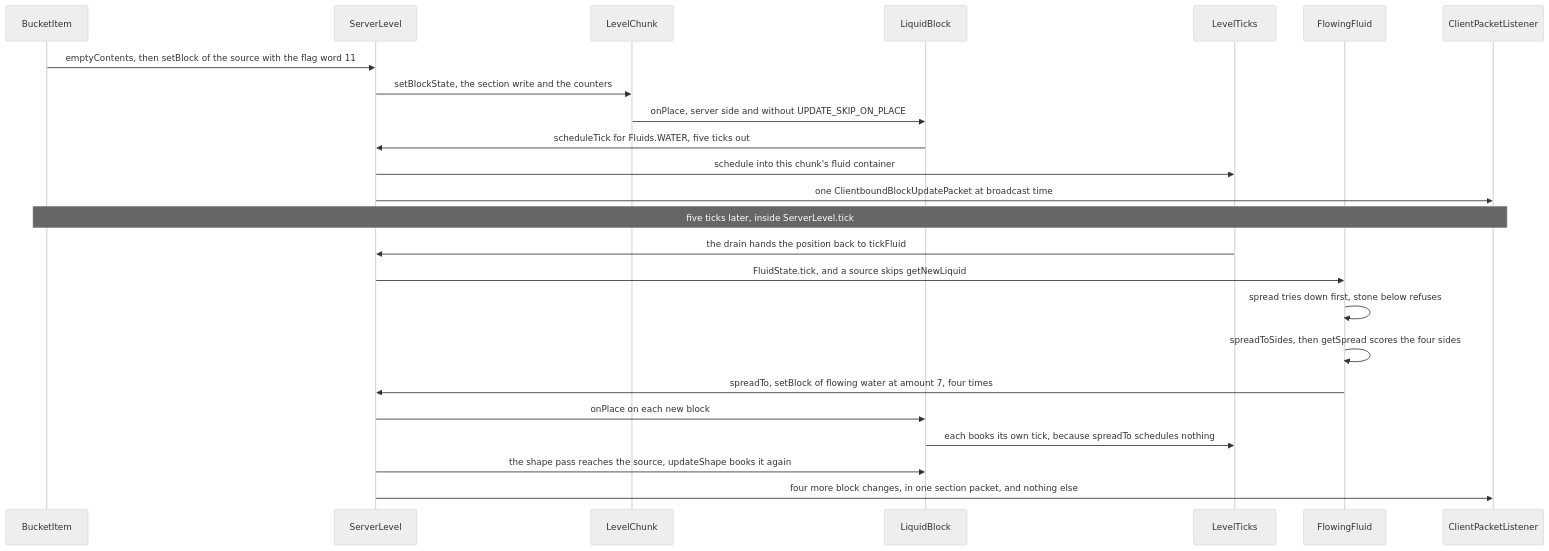
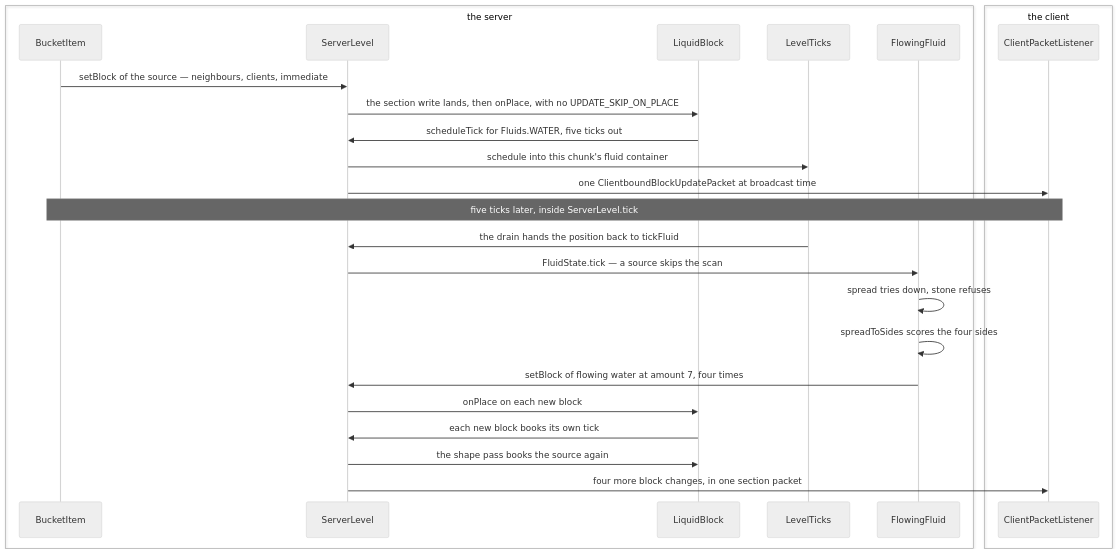
Before and after one commit to AlexanderjFraser/MinecraftDocs: the first of 3 diagrams in src/systems/world/fluids.md, drawn with Mermaid (neutral theme). The commit also changed other lines of this file and 22 other files, not shown here.

First line of the commit message:
pass 7, session D — Part IV: four splits at a mechanism's own joint, a pyramid that was a table, and thirteen captions the stylesheet had silently stopped matching

````diff
--- a/src/systems/world/fluids.md
+++ b/src/systems/world/fluids.md
@@ -114,27 +114,29 @@
 ```mermaid
 sequenceDiagram
-    participant BI as BucketItem
-    participant SL as ServerLevel
-    participant LC as LevelChunk
-    participant LB as LiquidBlock
-    participant LTs as LevelTicks
-    participant FF as FlowingFluid
-    participant CPL as ClientPacketListener
+    box transparent the server
+        participant BI as BucketItem
+        participant SL as ServerLevel
+        participant LB as LiquidBlock
+        participant LTs as LevelTicks
+        participant FF as FlowingFluid
+    end
+    box transparent the client
+        participant CPL as ClientPacketListener
+    end
 
-    BI->>SL: emptyContents, then setBlock of the source with the flag word 11
-    SL->>LC: setBlockState, the section write and the counters
-    LC->>LB: onPlace, server side and without UPDATE_SKIP_ON_PLACE
+    BI->>SL: setBlock of the source — neighbours, clients, immediate
+    SL->>LB: the section write lands, then onPlace, with no UPDATE_SKIP_ON_PLACE
     LB->>SL: scheduleTick for Fluids.WATER, five ticks out
     SL->>LTs: schedule into this chunk's fluid container
     SL->>CPL: one ClientboundBlockUpdatePacket at broadcast time
     Note over BI,CPL: five ticks later, inside ServerLevel.tick
     LTs->>SL: the drain hands the position back to tickFluid
-    SL->>FF: FluidState.tick, and a source skips getNewLiquid
-    FF->>FF: spread tries down first, stone below refuses
-    FF->>FF: spreadToSides, then getSpread scores the four sides
-    FF->>SL: spreadTo, setBlock of flowing water at amount 7, four times
+    SL->>FF: FluidState.tick — a source skips the scan
+    FF->>FF: spread tries down, stone refuses
+    FF->>FF: spreadToSides scores the four sides
+    FF->>SL: setBlock of flowing water at amount 7, four times
     SL->>LB: onPlace on each new block
-    LB->>LTs: each books its own tick, because spreadTo schedules nothing
-    SL->>LB: the shape pass reaches the source, updateShape books it again
-    SL->>CPL: four more block changes, in one section packet, and nothing else
+    LB->>SL: each new block books its own tick
+    SL->>LB: the shape pass books the source again
+    SL->>CPL: four more block changes, in one section packet
 ```
````
